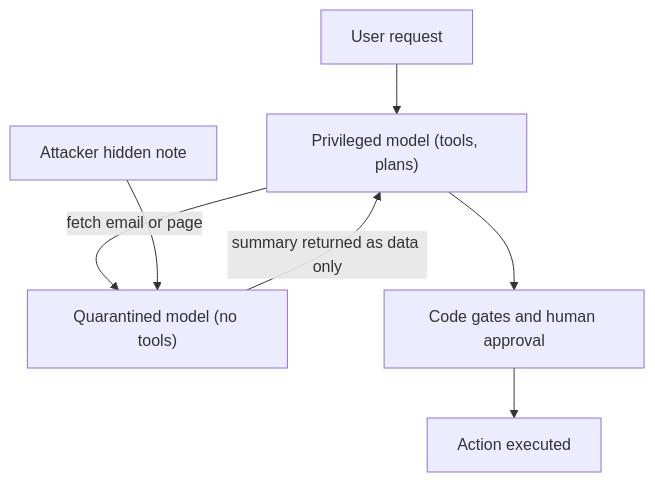
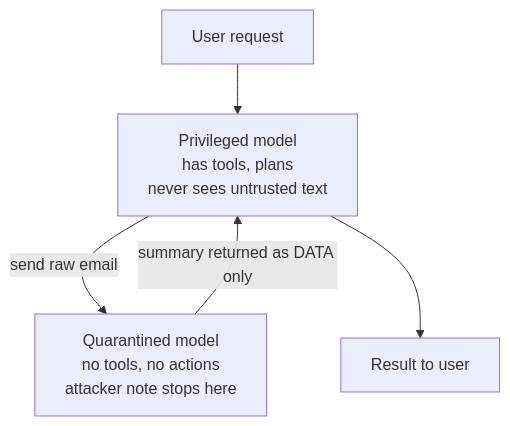
The third of 3 diagrams in notes/step-14-ai-safety-and-security/170-prompt-injection-in-llms.md (kaisarnajar/outcome-school-blogs), drawn with Mermaid before and after one commit. The commit also changed other lines of this file and 233 other files, not shown here.

````diff
--- a/notes/step-14-ai-safety-and-security/170-prompt-injection-in-llms.md
+++ b/notes/step-14-ai-safety-and-security/170-prompt-injection-in-llms.md
@@ -42,9 +113,7 @@
 ```mermaid
 flowchart TD
-    U["User request"] --> P["Privileged model (tools, plans)"]
-    P -->|"fetch email or page"| Q["Quarantined model (no tools)"]
-    X["Attacker hidden note"] --> Q
-    Q -->|"summary returned as data only"| P
-    P --> C["Code gates and human approval"]
-    C --> A["Action executed"]
+    UR["User request"] --> PM["Privileged model<br/>has tools, plans<br/>never sees untrusted text"]
+    PM -->|"send raw email"| QM["Quarantined model<br/>no tools, no actions<br/>attacker note stops here"]
+    QM -->|"summary returned as DATA only"| PM
+    PM --> UO["Result to user"]
 ```
````
